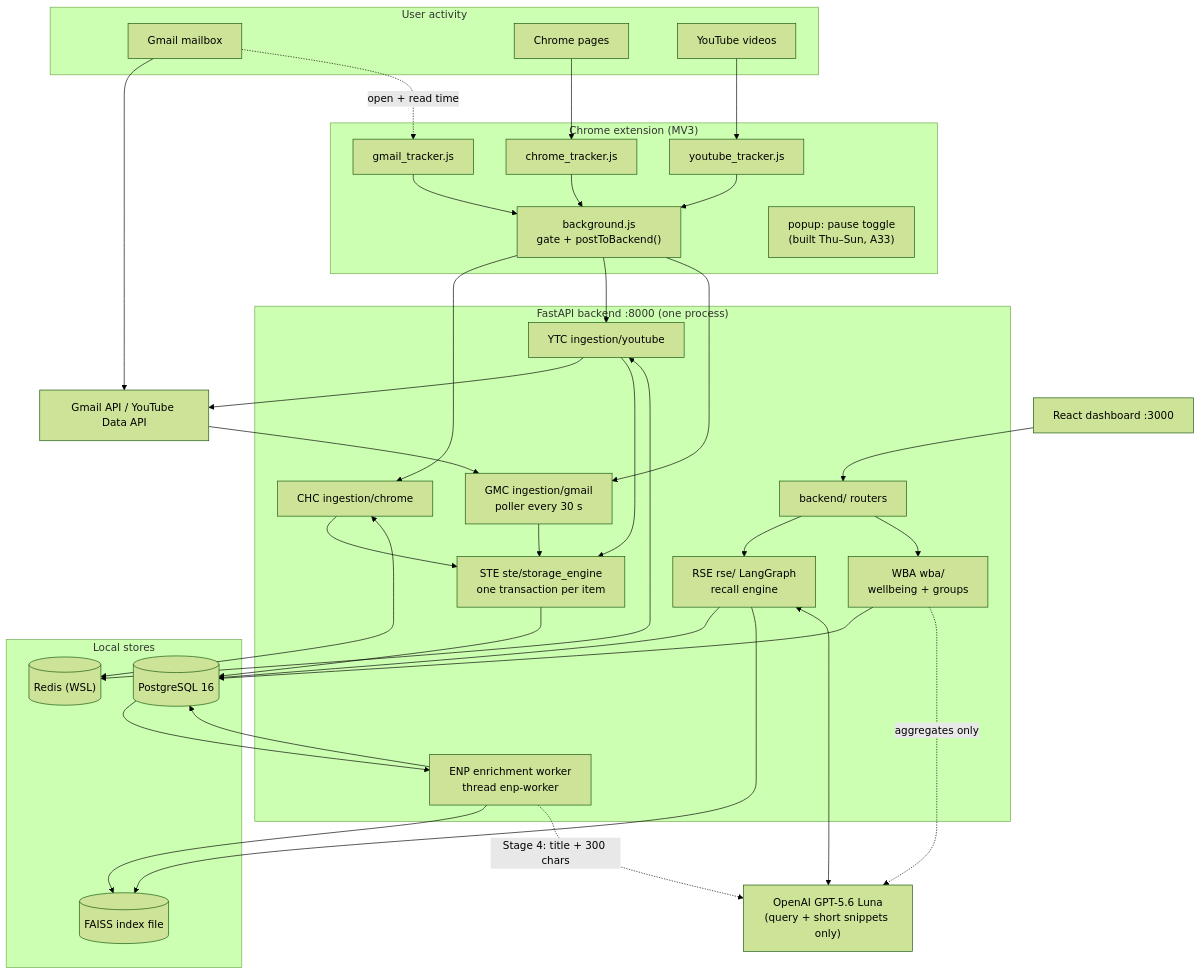
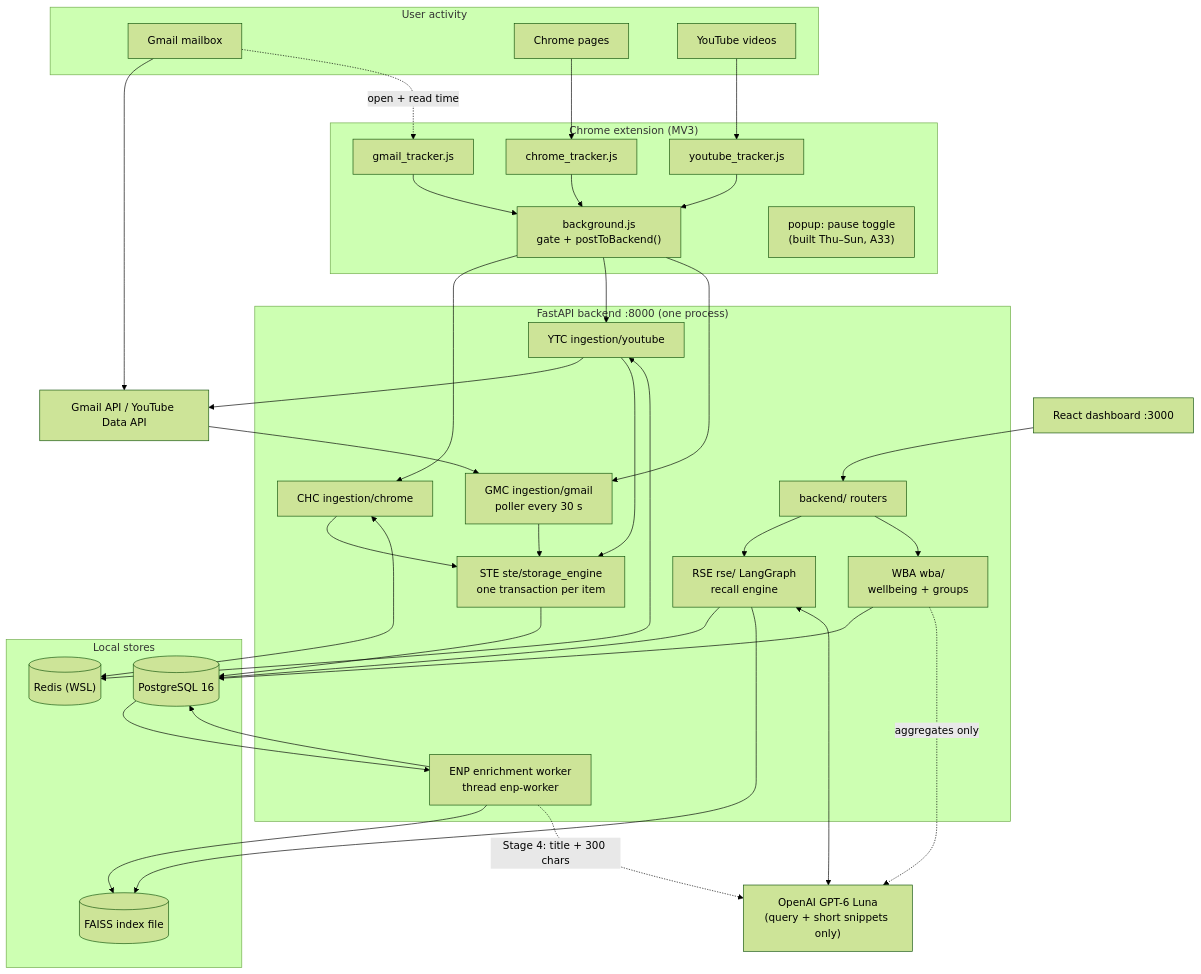
One commit to Shehzaad-khan/Efficient-Contextualized-History-Orchestrator-E.C.H.O changed the first of 6 diagrams in docs/Timeless_docs/Echo_System_Design.md. Above: the diagram before and after it, drawn with Mermaid (forest theme). The commit also changed other lines of this file and 4 other files, not shown here.

First line of the commit message:
LLM: switch parser and synthesizer models from gpt-5.6-luna to gpt-6-luna

````diff
--- a/docs/Timeless_docs/Echo_System_Design.md
+++ b/docs/Timeless_docs/Echo_System_Design.md
@@ -118,59 +118,59 @@
 ```mermaid
 flowchart TB
     subgraph Sources["User activity"]
         GM["Gmail mailbox"]
         CH["Chrome pages"]
         YT["YouTube videos"]
     end
     subgraph Ext["Chrome extension (MV3)"]
         BG["background.js<br/>gate + postToBackend()"]
         CT["chrome_tracker.js"]
         GT["gmail_tracker.js"]
         YTT["youtube_tracker.js"]
         PP["popup: pause toggle<br/>(built Thu–Sun, A33)"]
     end
     subgraph Backend["FastAPI backend :8000 (one process)"]
         GMC["GMC ingestion/gmail<br/>poller every 30 s"]
         CHC["CHC ingestion/chrome"]
         YTC["YTC ingestion/youtube"]
         STE["STE ste/storage_engine<br/>one transaction per item"]
         ENP["ENP enrichment worker<br/>thread enp-worker"]
         RSE["RSE rse/ LangGraph<br/>recall engine"]
         WBA["WBA wba/<br/>wellbeing + groups"]
         API["backend/ routers"]
     end
     subgraph Stores["Local stores"]
         PG[("PostgreSQL 16")]
         FA[("FAISS index file")]
         RD[("Redis (WSL)")]
     end
-    LLM["OpenAI GPT-5.6 Luna<br/>(query + short snippets only)"]
+    LLM["OpenAI GPT-6 Luna<br/>(query + short snippets only)"]
     GAPI["Gmail API / YouTube Data API"]
     UI["React dashboard :3000"]
 
     GM --> GAPI --> GMC
     CH --> CT --> BG
     GM -. "open + read time" .-> GT --> BG
     YT --> YTT --> BG
     BG --> CHC
     BG --> YTC
     BG --> GMC
     YTC --> GAPI
     GMC --> STE
     CHC --> STE
     YTC --> STE
     CHC <--> RD
     YTC <--> RD
     STE --> PG
     PG --> ENP
     ENP --> FA
     ENP --> PG
     ENP -. "Stage 4: title + 300 chars" .-> LLM
     UI --> API --> RSE
     API --> WBA
     RSE --> PG
     RSE --> FA
     RSE <--> LLM
     WBA --> PG
     WBA -. "aggregates only" .-> LLM
 ```
````
